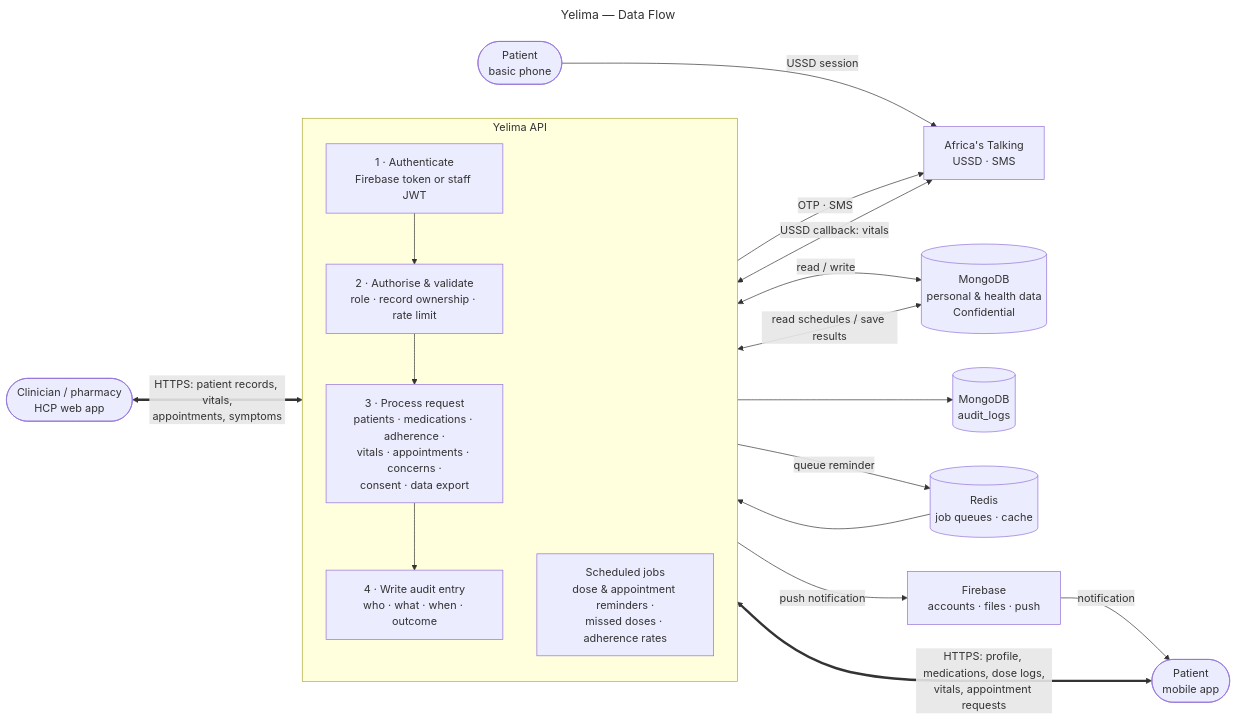
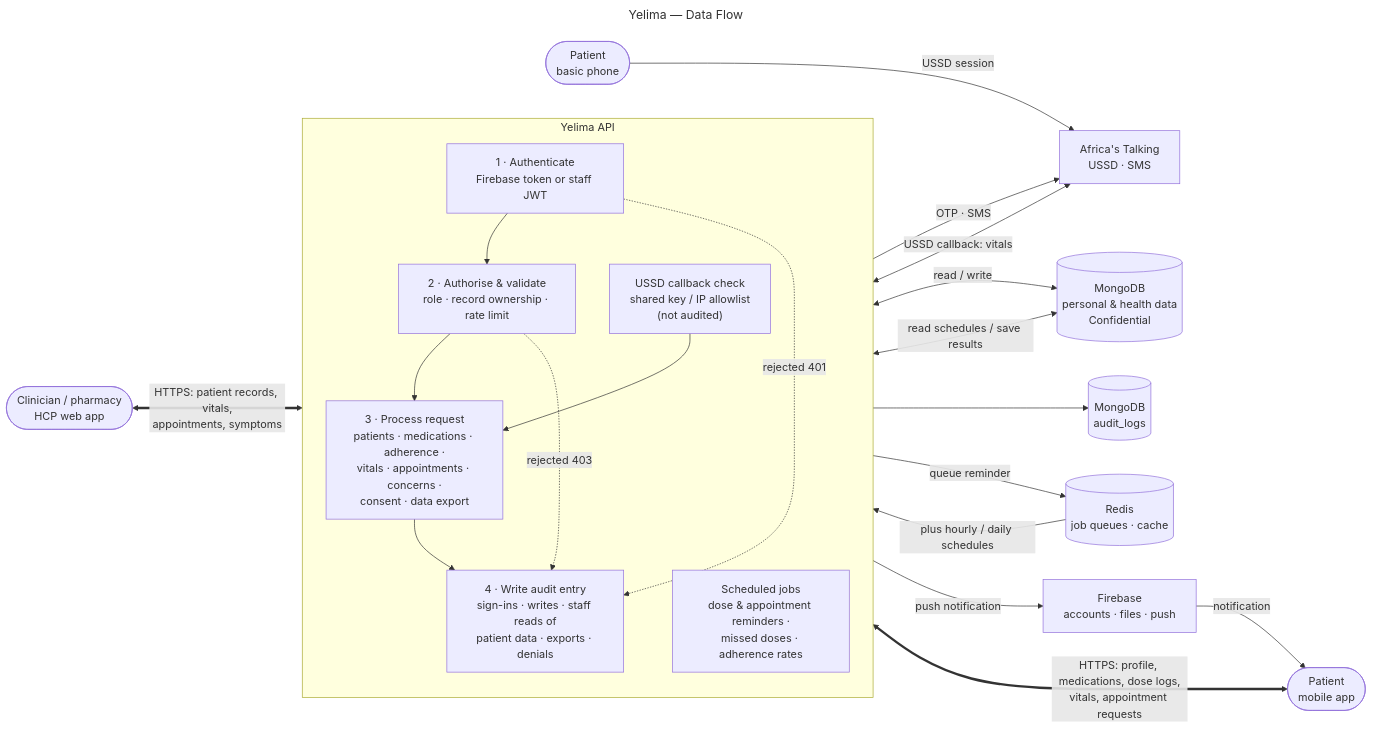
Before and after one commit to Zomujo/dnh-server: the diagram in docs/diagrams/data-flow.mmd, drawn with Mermaid. The commit also changed 8 other files, not shown here.

First line of the commit message:
docs(diagrams): correct ERD, architecture and data flow against the code

```diff
--- a/docs/diagrams/data-flow.mmd
+++ b/docs/diagrams/data-flow.mmd
@@ -1,34 +1,38 @@
 ---
 title: Yelima — Data Flow
 ---
 flowchart LR
   PA(["Patient<br/>mobile app"])
   PU(["Patient<br/>basic phone"])
   HC(["Clinician / pharmacy<br/>HCP web app"])
   AT["Africa's Talking<br/>USSD · SMS"]
 
   subgraph API["Yelima API"]
     direction TB
     A1["1 · Authenticate<br/>Firebase token or staff JWT"]
     A2["2 · Authorise & validate<br/>role · record ownership · rate limit"]
     A3["3 · Process request<br/>patients · medications · adherence ·<br/>vitals · appointments · concerns ·<br/>consent · data export"]
-    A4["4 · Write audit entry<br/>who · what · when · outcome"]
+    A4["4 · Write audit entry<br/>sign-ins · writes · staff reads of<br/>patient data · exports · denials"]
     J["Scheduled jobs<br/>dose & appointment reminders ·<br/>missed doses · adherence rates"]
+    U1["USSD callback check<br/>shared key / IP allowlist<br/>(not audited)"]
     A1 --> A2 --> A3 --> A4
+    A1 -. "rejected 401" .-> A4
+    A2 -. "rejected 403" .-> A4
+    U1 --> A3
   end
 
   DB[("MongoDB<br/>personal & health data<br/>Confidential")]
   AU[("MongoDB<br/>audit_logs")]
   RQ[("Redis<br/>job queues · cache")]
   FB["Firebase<br/>accounts · files · push"]
 
   PA <== "HTTPS: profile, medications, dose logs,<br/>vitals, appointment requests" ==> A1
   HC <== "HTTPS: patient records, vitals,<br/>appointments, symptoms" ==> A1
   PU -- "USSD session" --> AT
-  AT <-- "USSD callback: vitals" --> A1
+  AT <-- "USSD callback: vitals" --> U1
   A3 <-- "read / write" --> DB
   A4 --> AU
-  A3 -- "queue reminder" --> RQ --> J
+  A3 -- "queue reminder" --> RQ -- "plus hourly / daily schedules" --> J
   J <-- "read schedules / save results" --> DB
   J -- "push notification" --> FB -- "notification" --> PA
   A3 -- "OTP · SMS" --> AT
```
